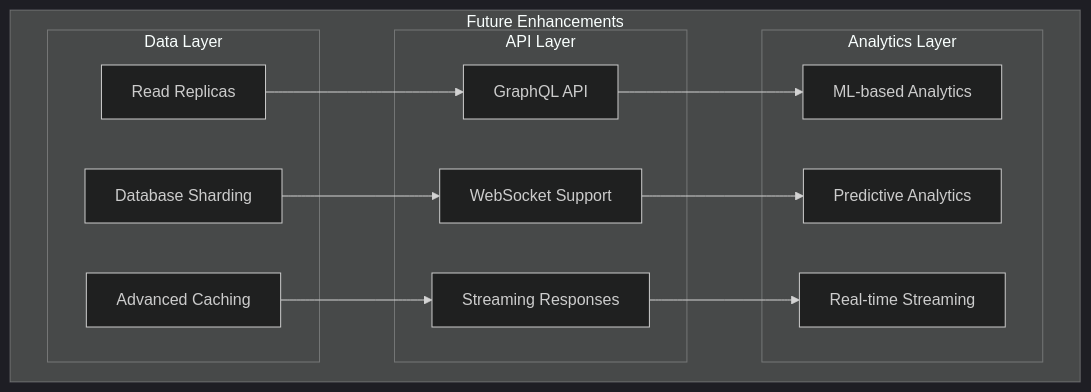
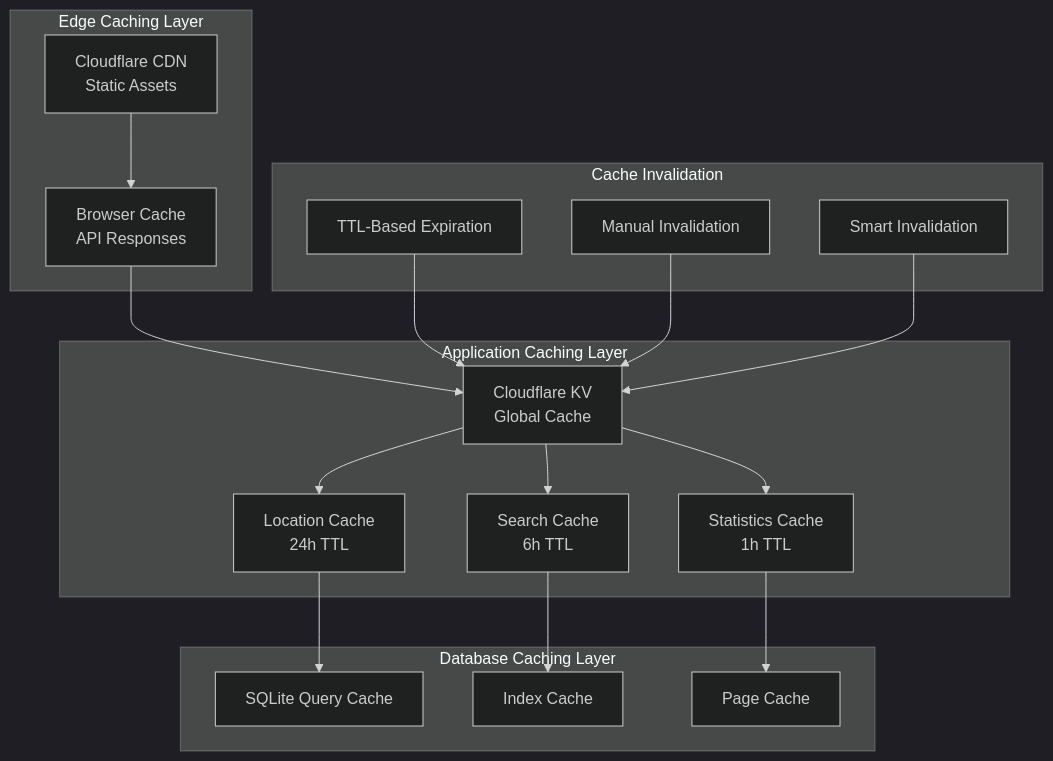
Before and after one commit to mxwllalpha/kodepos-worker: diagram 21 of 25 in docs/architecture.md, drawn with Mermaid (dark theme). The commit also changed other lines of this file and 25 other files, not shown here.

First line of the commit message:
fix: resolve TypeScript compilation errors and update database schema

````diff
--- a/docs/architecture.md
+++ b/docs/architecture.md
@@ -699,30 +826,40 @@
 ```mermaid
 graph TB
-    subgraph "Future Enhancements"
-        subgraph "Data Layer"
-            ReadReplicas[Read Replicas]
-            Sharding[Database Sharding]
-            AdvancedCaching[Advanced Caching]
-        end
-
-        subgraph "API Layer"
-            GraphQL[GraphQL API]
-            WebSocket[WebSocket Support]
-            Streaming[Streaming Responses]
-        end
-
-        subgraph "Analytics Layer"
-            MLAnalytics[ML-based Analytics]
-            PredictiveAPI[Predictive Analytics]
-            RealTimeStream[Real-time Streaming]
-        end
+    subgraph "Edge Caching Layer"
+        CDN[Cloudflare CDN<br/>Static Assets]
+        BrowserCache[Browser Cache<br/>API Responses]
     end
 
-    ReadReplicas --> GraphQL
-    Sharding --> WebSocket
-    AdvancedCaching --> Streaming
+    subgraph "Application Caching Layer"
+        KV_Global[Cloudflare KV<br/>Global Cache]
+        KV_Location[Location Cache<br/>24h TTL]
+        KV_Search[Search Cache<br/>6h TTL]
+        KV_Stats[Statistics Cache<br/>1h TTL]
+    end
 
-    GraphQL --> MLAnalytics
-    WebSocket --> PredictiveAPI
-    Streaming --> RealTimeStream
+    subgraph "Database Caching Layer"
+        D1_QueryCache[SQLite Query Cache]
+        D1_IndexCache[Index Cache]
+        D1_PageCache[Page Cache]
+    end
+
+    subgraph "Cache Invalidation"
+        TTL_Based[TTL-Based Expiration]
+        Manual_Invalid[Manual Invalidation]
+        Smart_Invalid[Smart Invalidation]
+    end
+
+    CDN --> BrowserCache
+    BrowserCache --> KV_Global
+    KV_Global --> KV_Location
+    KV_Global --> KV_Search
+    KV_Global --> KV_Stats
+
+    KV_Location --> D1_QueryCache
+    KV_Search --> D1_IndexCache
+    KV_Stats --> D1_PageCache
+
+    TTL_Based --> KV_Global
+    Manual_Invalid --> KV_Global
+    Smart_Invalid --> KV_Global
 ```
````
